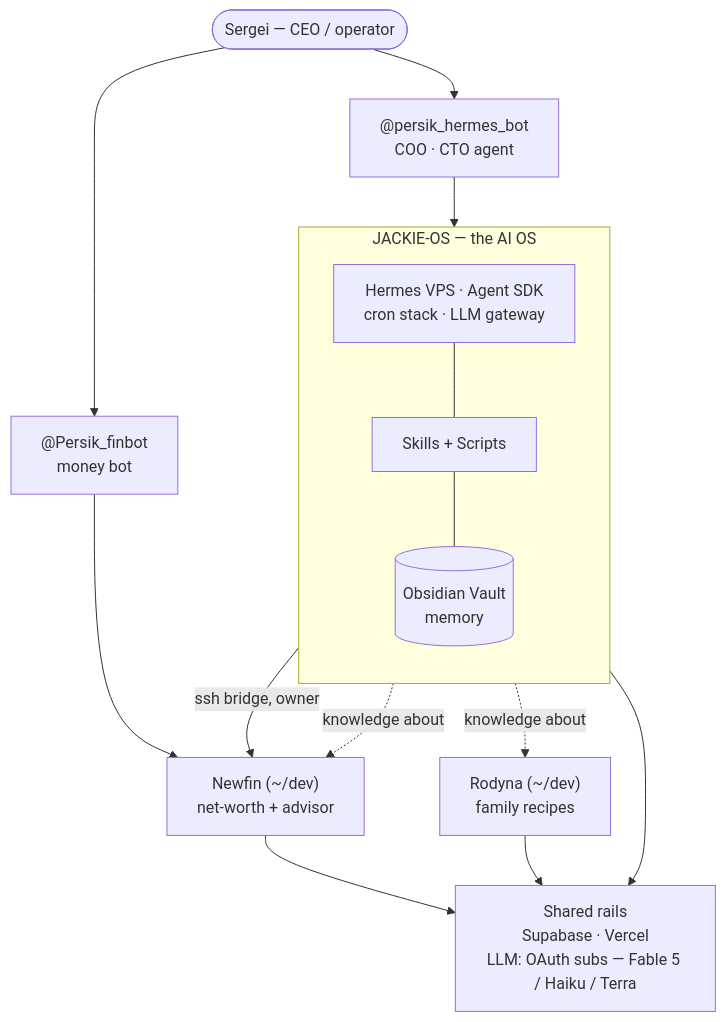
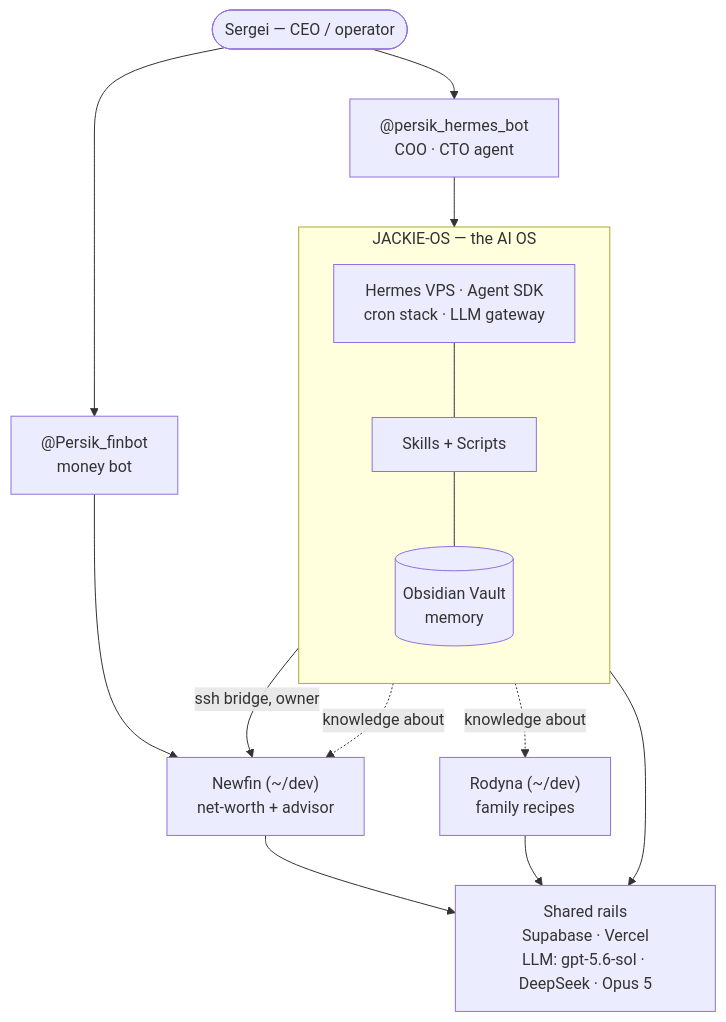
The diagram in docs-src/content/docs/architecture.md (sc-jackie/sergeichan), drawn with Mermaid before and after one commit. The commit also changed other lines of this file and 230 other files, not shown here.

````diff
--- a/docs-src/content/docs/architecture.md
+++ b/docs-src/content/docs/architecture.md
@@ -10,27 +10,27 @@
 ```mermaid
 flowchart TB
     SERGEI(["Sergei — CEO / operator"])
     FINBOT["@Persik_finbot<br>money bot"]
     HERMESBOT["@persik_hermes_bot<br>COO · CTO agent"]
     subgraph JOS["JACKIE-OS — the AI OS"]
         direction TB
         HERMES["Hermes VPS · Agent SDK<br>cron stack · LLM gateway"]
         SKILLS["Skills + Scripts"]
         VAULT[("Obsidian Vault<br>memory")]
         HERMES --- SKILLS --- VAULT
     end
     NEWFIN["Newfin (~/dev)<br>net-worth + advisor"]
     RODYNA["Rodyna (~/dev)<br>family recipes"]
-    RAILS["Shared rails<br>Supabase · Vercel<br>LLM: OAuth subs — Fable 5 / Haiku / Terra"]
+    RAILS["Shared rails<br>Supabase · Vercel<br>LLM: gpt-5.6-sol · DeepSeek · Opus 5"]
 
     SERGEI --> FINBOT
     SERGEI --> HERMESBOT
     HERMESBOT --> JOS
     FINBOT --> NEWFIN
     JOS -->|ssh bridge, owner| NEWFIN
     JOS -.->|knowledge about| NEWFIN
     JOS -.->|knowledge about| RODYNA
     NEWFIN --> RAILS
     RODYNA --> RAILS
     JOS --> RAILS
 ```
````
